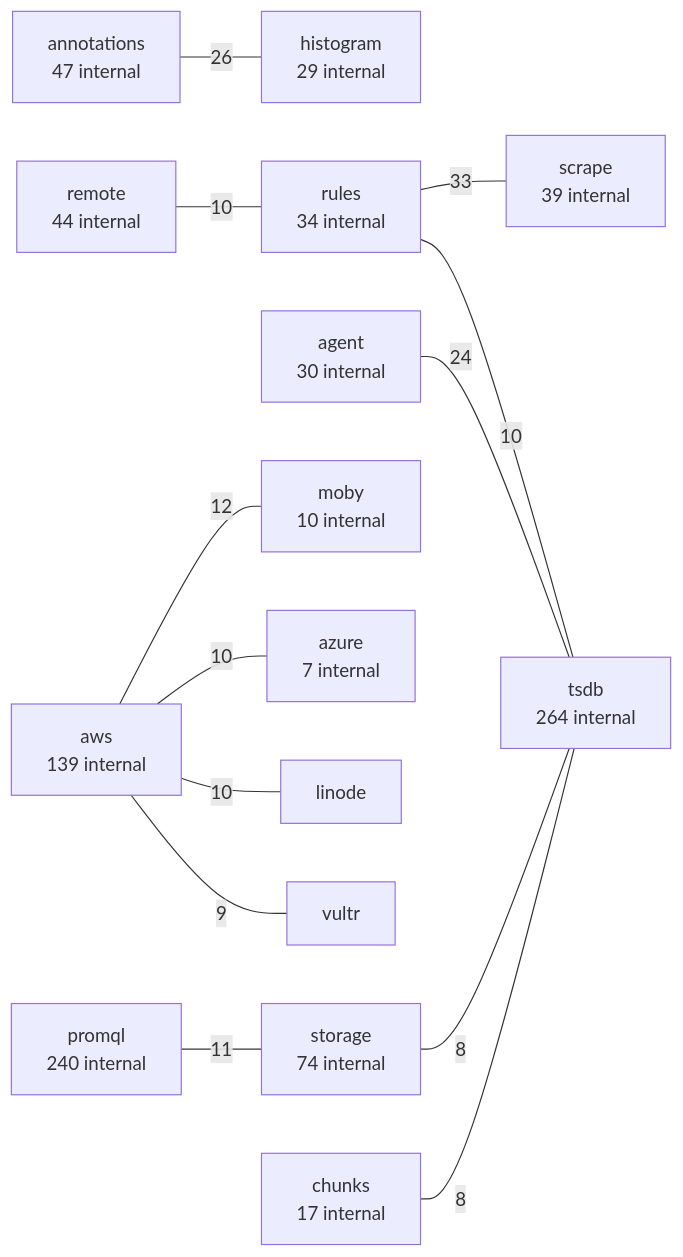
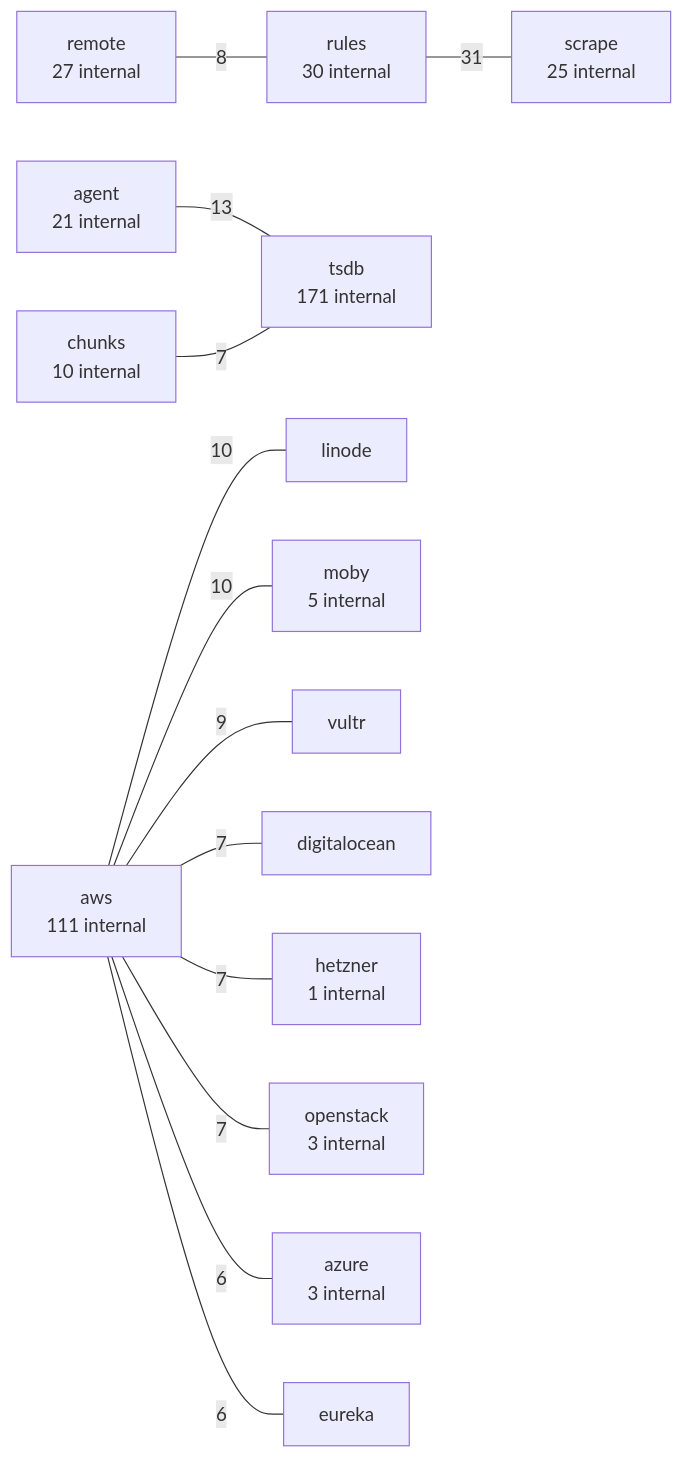
The second of 7 diagrams in examples/prometheus.md (LukasSelin/doppel), drawn with Mermaid before and after one commit. The commit also changed other lines of this file and 36 other files, not shown here.

````diff
--- a/examples/prometheus.md
+++ b/examples/prometheus.md
@@ -124,30 +124,30 @@
 ```mermaid
 flowchart LR
-    p0["rules<br/>34 internal"]
-    p1["scrape<br/>39 internal"]
-    p0 ---|"33"| p1
-    p2["annotations<br/>47 internal"]
-    p3["histogram<br/>29 internal"]
-    p2 ---|"26"| p3
-    p4["agent<br/>30 internal"]
-    p5["tsdb<br/>264 internal"]
-    p4 ---|"24"| p5
-    p6["aws<br/>139 internal"]
-    p7["moby<br/>10 internal"]
-    p6 ---|"12"| p7
-    p8["promql<br/>240 internal"]
-    p9["storage<br/>74 internal"]
-    p8 ---|"11"| p9
-    p10["azure<br/>7 internal"]
-    p6 ---|"10"| p10
-    p11["linode"]
-    p6 ---|"10"| p11
-    p12["remote<br/>44 internal"]
-    p12 ---|"10"| p0
-    p0 ---|"10"| p5
-    p13["vultr"]
-    p6 ---|"9"| p13
-    p14["chunks<br/>17 internal"]
-    p14 ---|"8"| p5
-    p9 ---|"8"| p5
+    p0["rules<br/>30 internal"]
+    p1["scrape<br/>25 internal"]
+    p0 ---|"31"| p1
+    p2["agent<br/>21 internal"]
+    p3["tsdb<br/>171 internal"]
+    p2 ---|"13"| p3
+    p4["aws<br/>111 internal"]
+    p5["linode"]
+    p4 ---|"10"| p5
+    p6["moby<br/>5 internal"]
+    p4 ---|"10"| p6
+    p7["vultr"]
+    p4 ---|"9"| p7
+    p8["remote<br/>27 internal"]
+    p8 ---|"8"| p0
+    p9["digitalocean"]
+    p4 ---|"7"| p9
+    p10["hetzner<br/>1 internal"]
+    p4 ---|"7"| p10
+    p11["openstack<br/>3 internal"]
+    p4 ---|"7"| p11
+    p12["chunks<br/>10 internal"]
+    p12 ---|"7"| p3
+    p13["azure<br/>3 internal"]
+    p4 ---|"6"| p13
+    p14["eureka"]
+    p4 ---|"6"| p14
 ```
````
